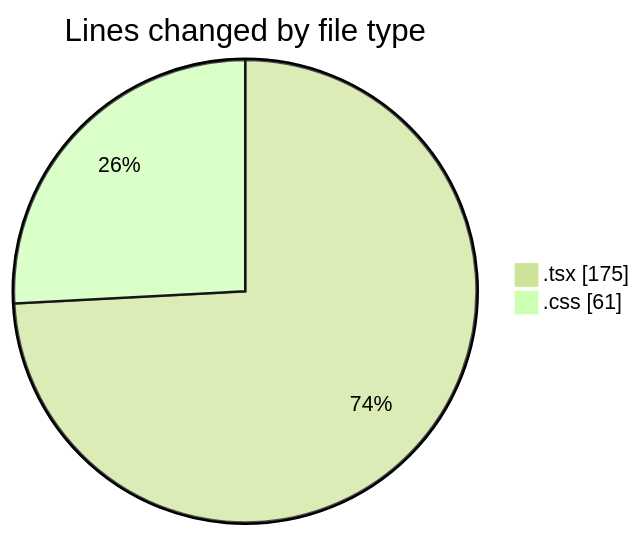
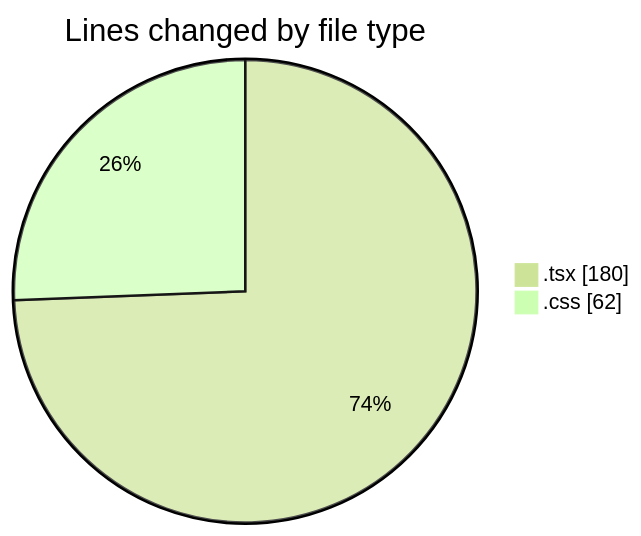
The first of 2 diagrams in 2025-08-04/tw-server/README.md (EIIisD/code-tracking), drawn with Mermaid (forest theme) before and after one commit. The commit also changed other lines of this file and 1 other file, not shown here.

````diff
--- a/2025-08-04/tw-server/README.md
+++ b/2025-08-04/tw-server/README.md
@@ -22,6 +22,6 @@
 ```mermaid
 pie showData
 title Lines changed by file type
-".tsx" : 175
-".css" : 61
+".tsx" : 180
+".css" : 62
 ```
````
